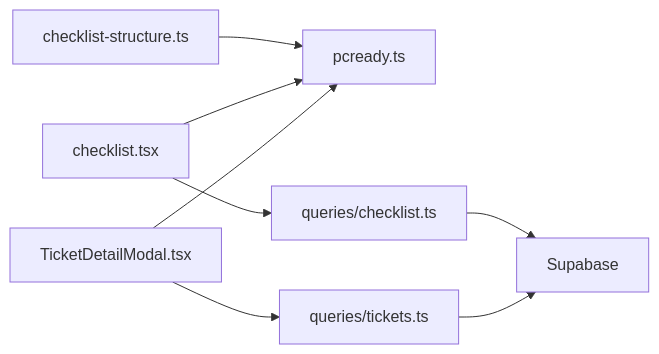
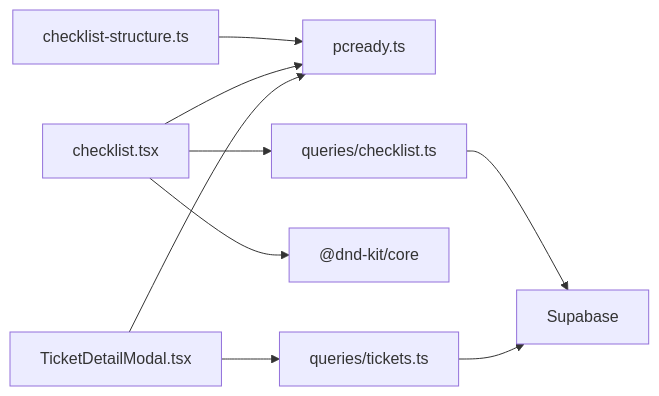
Before and after one commit to gastaldellomarco/pcReady: the tenth of 10 diagrams in .qoder/repowiki/en/content/Ticket Management System/Checklist System.md, drawn with Mermaid. The commit also changed other lines of this file and 15 other files, not shown here.

````diff
--- a/.qoder/repowiki/en/content/Ticket Management System/Checklist System.md
+++ b/.qoder/repowiki/en/content/Ticket Management System/Checklist System.md
@@ -364,10 +440,11 @@
 ```mermaid
 graph LR
 Types["checklist-structure.ts"] --> PCReady["pcready.ts"]
 Editor["checklist.tsx"] --> QChecklist["queries/checklist.ts"]
 Editor --> PCReady
+Editor --> DnDKit["@dnd-kit/core"]
 TicketUI["TicketDetailModal.tsx"] --> QTix["queries/tickets.ts"]
 TicketUI --> PCReady
 QChecklist --> DB["Supabase"]
 QTix --> DB
 ```
````
